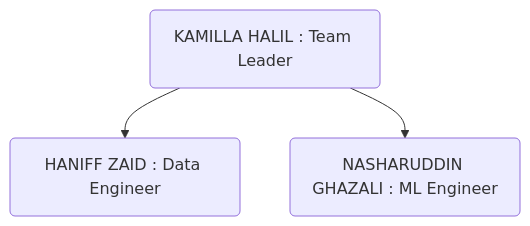
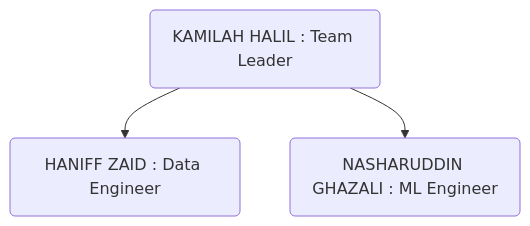
Before and after one commit to kameerahariru/KoNoHa-Property: the first of 2 diagrams in README.md, drawn with Mermaid. The commit also changed other lines of this file, not shown here.

````diff
--- a/README.md
+++ b/README.md
@@ -100,5 +100,5 @@
 ```mermaid
 graph TD;
-    A(KAMILLA HALIL : Team Leader)-->B(HANIFF ZAID : Data Engineer);
-    A(KAMILLA HALIL : Team Leader)-->C(NASHARUDDIN GHAZALI : ML Engineer);
+    A(KAMILAH HALIL : Team Leader)-->B(HANIFF ZAID : Data Engineer);
+    A(KAMILAH HALIL : Team Leader)-->C(NASHARUDDIN GHAZALI : ML Engineer);
 ```
````
